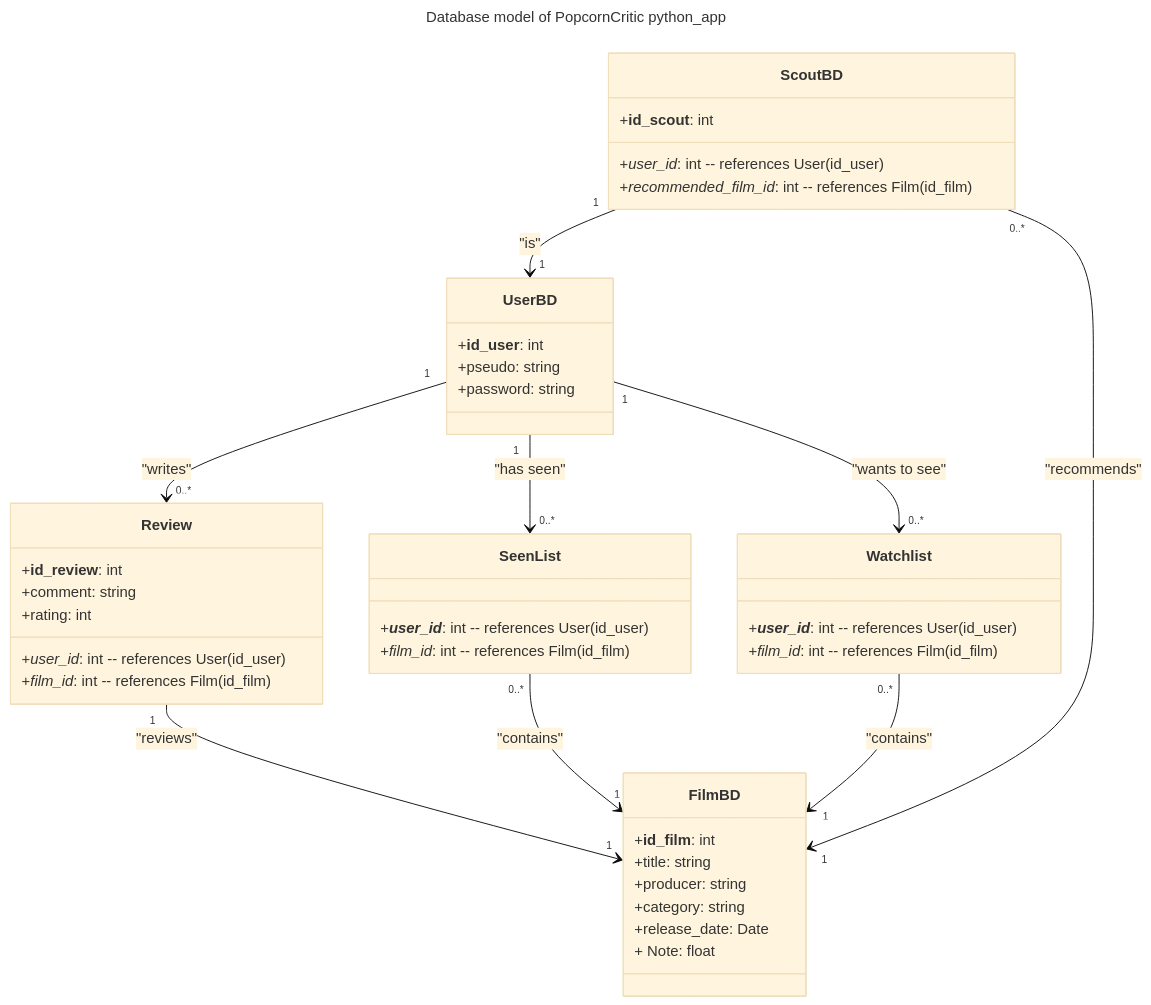
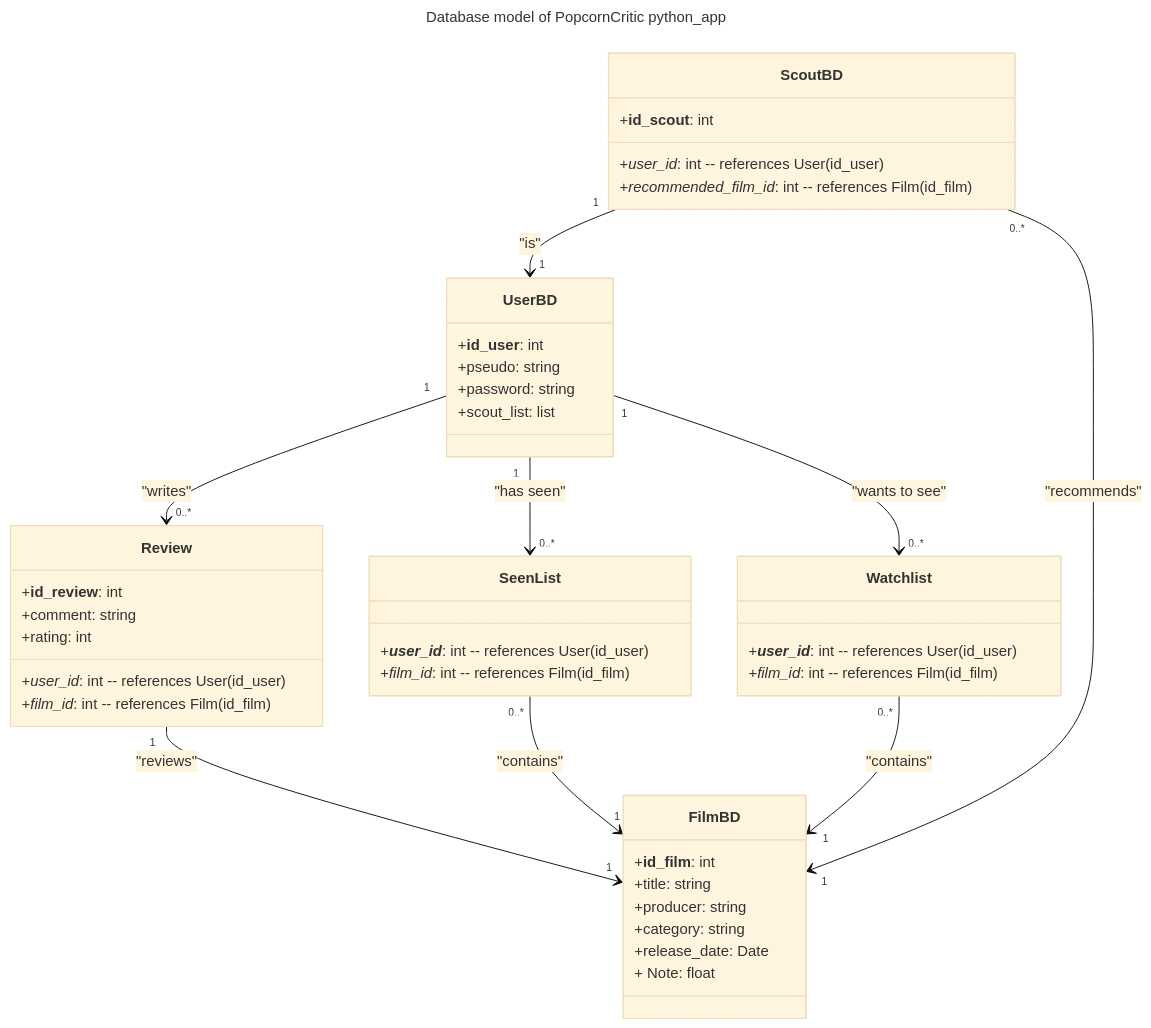
One commit to melanielacour/Projet2A_Template changed the diagram in src/Model_database.md. Above: the diagram before and after it, drawn with Mermaid (base theme).

````diff
--- a/src/Model_database.md
+++ b/src/Model_database.md
@@ -3,60 +3,61 @@
 ```mermaid
 ---
 title: Database model of PopcornCritic python_app
 ---
 
 classDiagram
     class UserBD {
         +__id_user__: int
         +pseudo: string
         +password: string
+        +scout_list: list
     }
 
     class FilmBD {
         +__id_film__: int
         +title: string
         +producer: string
         +category: string
         +release_date: Date
         + Note: float
     }
 
     class Review {
         +__id_review__: int
         +comment: string
         +rating: int
         +*user_id*: int  -- references User(id_user)
         +*film_id*: int  -- references Film(id_film)
     }
 
     class ScoutBD {
         +__id_scout__: int
         +*user_id*: int  -- references User(id_user)
         +*recommended_film_id*: int  -- references Film(id_film)
     }
 
     class Watchlist {
         +__*user_id*__: int  -- references User(id_user)
         +*film_id*: int  -- references Film(id_film)
     }
 
     class SeenList {
         +__*user_id*__: int  -- references User(id_user)
         +*film_id*: int  -- references Film(id_film)
     }
 
     %% Relations avec cardinalités UML
 
     UserBD "1" --> "0..*" Review : "writes"
     UserBD "1" --> "0..*" SeenList : "has seen"
     UserBD "1" --> "0..*" Watchlist : "wants to see"
 
 
    
     Review "1" --> "1" FilmBD : "reviews"
     ScoutBD "1" --> "1" UserBD : "is"
     ScoutBD "0..*" --> "1" FilmBD : "recommends"
     SeenList "0..*" --> "1" FilmBD : "contains"
     Watchlist "0..*" --> "1" FilmBD : "contains"
 
 ```
````
